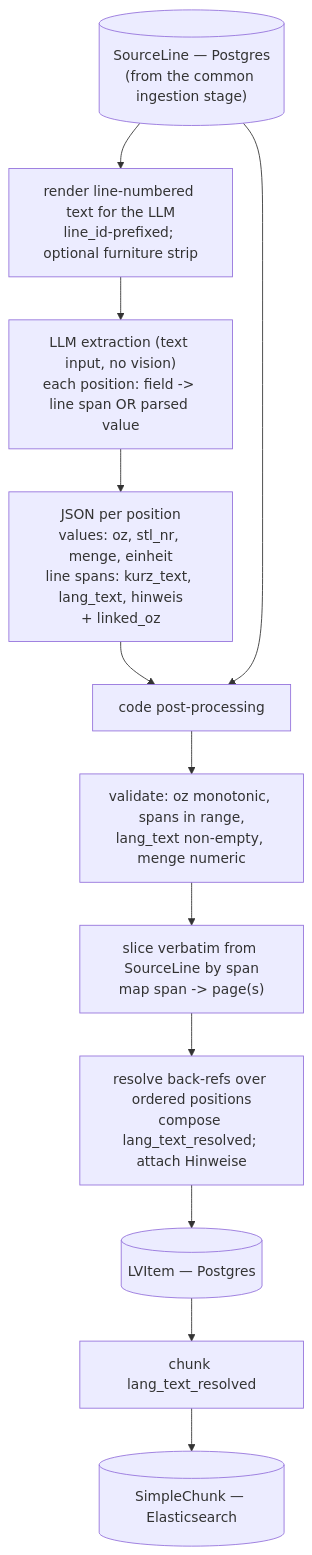
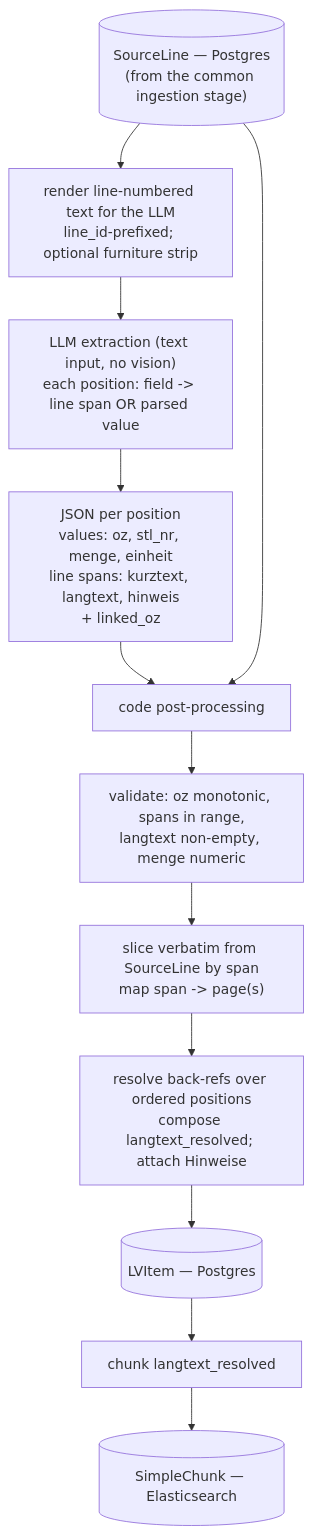
One commit to arthurshen74/strassenbau-vergabe-assistant changed the diagram in LV_PARSE.md. Above: the diagram before and after it, drawn with Mermaid. The commit also changed other lines of this file and 45 other files, not shown here.

````diff
--- a/LV_PARSE.md
+++ b/LV_PARSE.md
@@ -9,18 +9,18 @@
 ```mermaid
 flowchart TD
     SL[("SourceLine — Postgres<br/>(from the common ingestion stage)")]
     NUMDOC["render line-numbered text for the LLM<br/>line_id-prefixed; optional furniture strip"]
     SL --> NUMDOC
 
     NUMDOC --> LLM["LLM extraction (text input, no vision)<br/>each position: field -> line span OR parsed value"]
-    LLM --> JSON["JSON per position<br/>values: oz, stl_nr, menge, einheit<br/>line spans: kurz_text, lang_text, hinweis<br/>+ linked_oz"]
+    LLM --> JSON["JSON per position<br/>values: oz, stl_nr, menge, einheit<br/>line spans: kurztext, langtext, hinweis<br/>+ linked_oz"]
 
     JSON --> POST["code post-processing"]
     SL --> POST
-    POST --> V["validate: oz monotonic, spans in range,<br/>lang_text non-empty, menge numeric"]
+    POST --> V["validate: oz monotonic, spans in range,<br/>langtext non-empty, menge numeric"]
     V --> SLICE["slice verbatim from SourceLine by span<br/>map span -> page(s)"]
-    SLICE --> RESOLVE["resolve back-refs over ordered positions<br/>compose lang_text_resolved; attach Hinweise"]
+    SLICE --> RESOLVE["resolve back-refs over ordered positions<br/>compose langtext_resolved; attach Hinweise"]
     RESOLVE --> LVI[("LVItem — Postgres")]
-    LVI --> CHUNK["chunk lang_text_resolved"]
+    LVI --> CHUNK["chunk langtext_resolved"]
     CHUNK --> SC[("SimpleChunk — Elasticsearch")]
 ```
````
